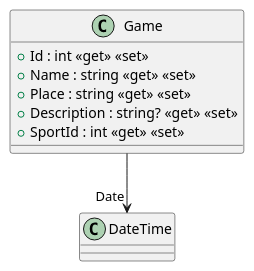
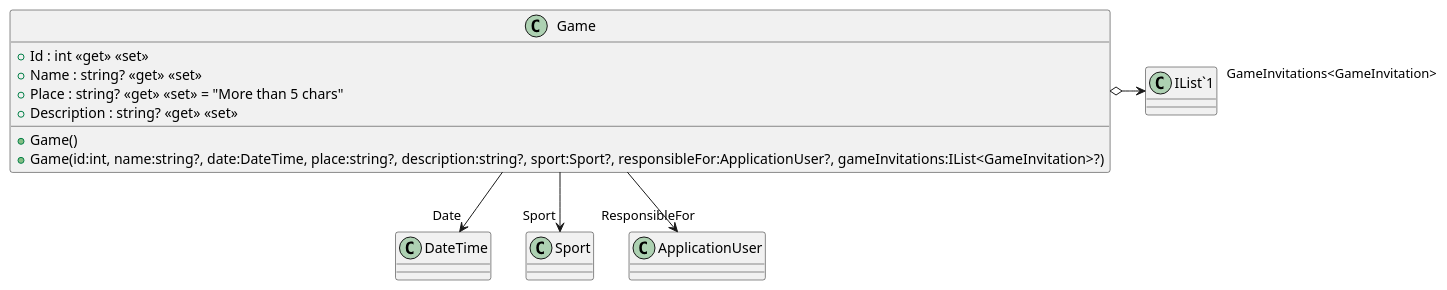
The diagram in src/AppForSEII.API/ClassDiagram/Game.puml (SEII2627SEALLUAN/SEII2627SEALLUAN), drawn with PlantUML before and after one commit. The commit also changed 13 other files, not shown here.

Commit message:
- finish the definition of its classes of Model folowing the instructions of the previous week. - create the different relationships included in its UC diagram.

```diff
--- a/src/AppForSEII.API/ClassDiagram/Game.puml
+++ b/src/AppForSEII.API/ClassDiagram/Game.puml
@@ -1,10 +1,14 @@
 @startuml
 class Game {
+    + Game()
+    + Game(id:int, name:string?, date:DateTime, place:string?, description:string?, sport:Sport?, responsibleFor:ApplicationUser?, gameInvitations:IList<GameInvitation>?)
     + Id : int <<get>> <<set>>
-    + Name : string <<get>> <<set>>
-    + Place : string <<get>> <<set>>
+    + Name : string? <<get>> <<set>>
+    + Place : string? <<get>> <<set>> = "More than 5 chars"
     + Description : string? <<get>> <<set>>
-    + SportId : int <<get>> <<set>>
 }
 Game --> "Date" DateTime
+Game --> "Sport" Sport
+Game --> "ResponsibleFor" ApplicationUser
+Game o-> "GameInvitations<GameInvitation>" "IList`1"
 @enduml
```
